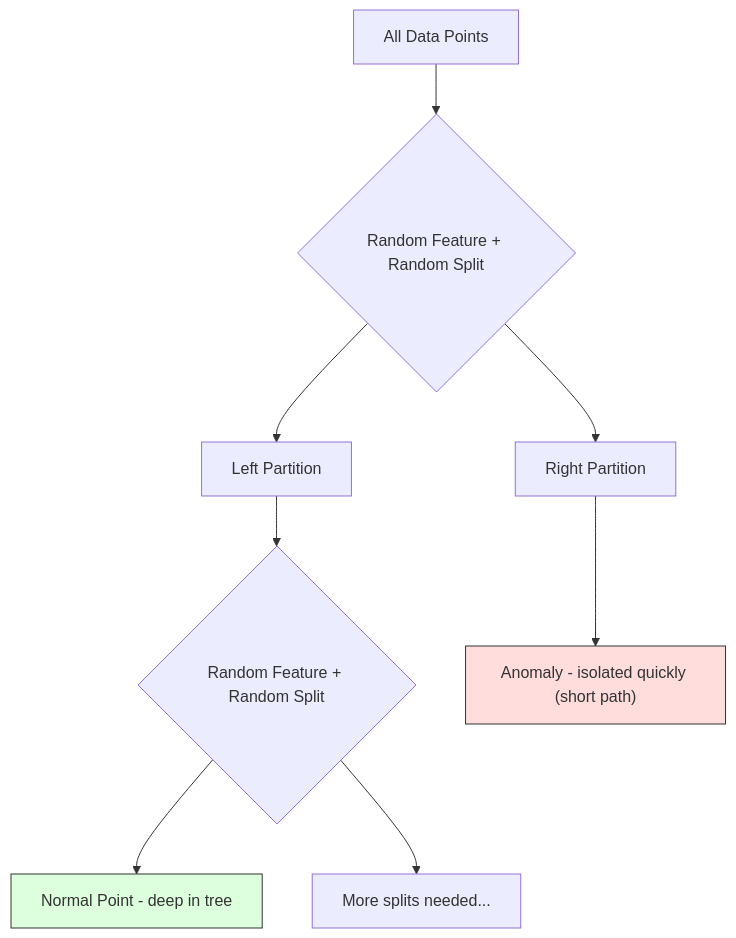
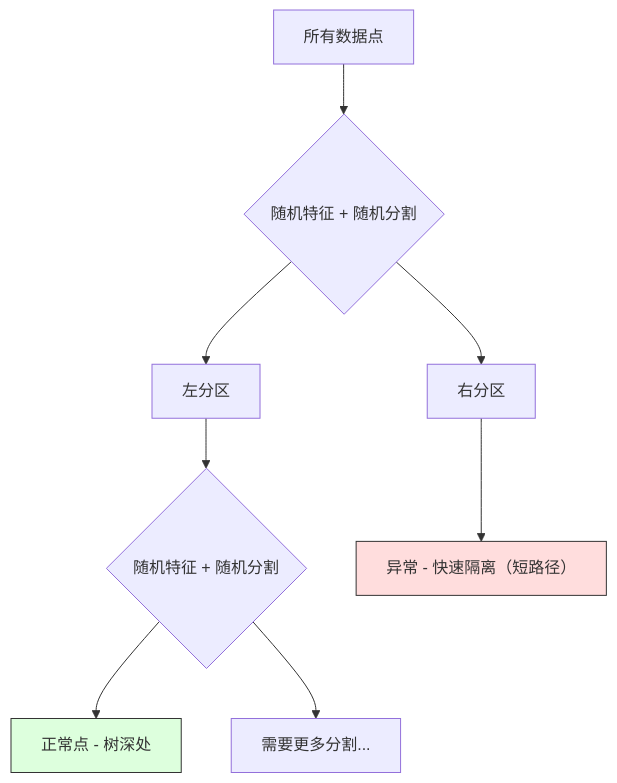
The second of 3 diagrams in lessons/02-ml-fundamentals/16-anomaly-detection/docs/zh.md (guangningsun/ailearning), drawn with Mermaid before and after one commit. The commit also changed other lines of this file and 53 other files, not shown here.

````diff
--- a/lessons/02-ml-fundamentals/16-anomaly-detection/docs/zh.md
+++ b/lessons/02-ml-fundamentals/16-anomaly-detection/docs/zh.md
@@ -127,13 +127,13 @@
 ```mermaid
 flowchart TD
-    A[All Data Points] --> B{Random Feature + Random Split}
-    B --> C[Left Partition]
-    B --> D[Right Partition]
-    C --> E{Random Feature + Random Split}
-    E --> F[Normal Point - deep in tree]
-    E --> G[More splits needed...]
-    D --> H["Anomaly - isolated quickly (short path)"]
+    A[所有数据点] --> B{随机特征 + 随机分割}
+    B --> C[左分区]
+    B --> D[右分区]
+    C --> E{随机特征 + 随机分割}
+    E --> F[正常点 - 树深处]
+    E --> G[需要更多分割...]
+    D --> H["异常 - 快速隔离（短路径）"]
 
     style H fill:#fdd,stroke:#333
     style F fill:#dfd,stroke:#333
 ```
````
